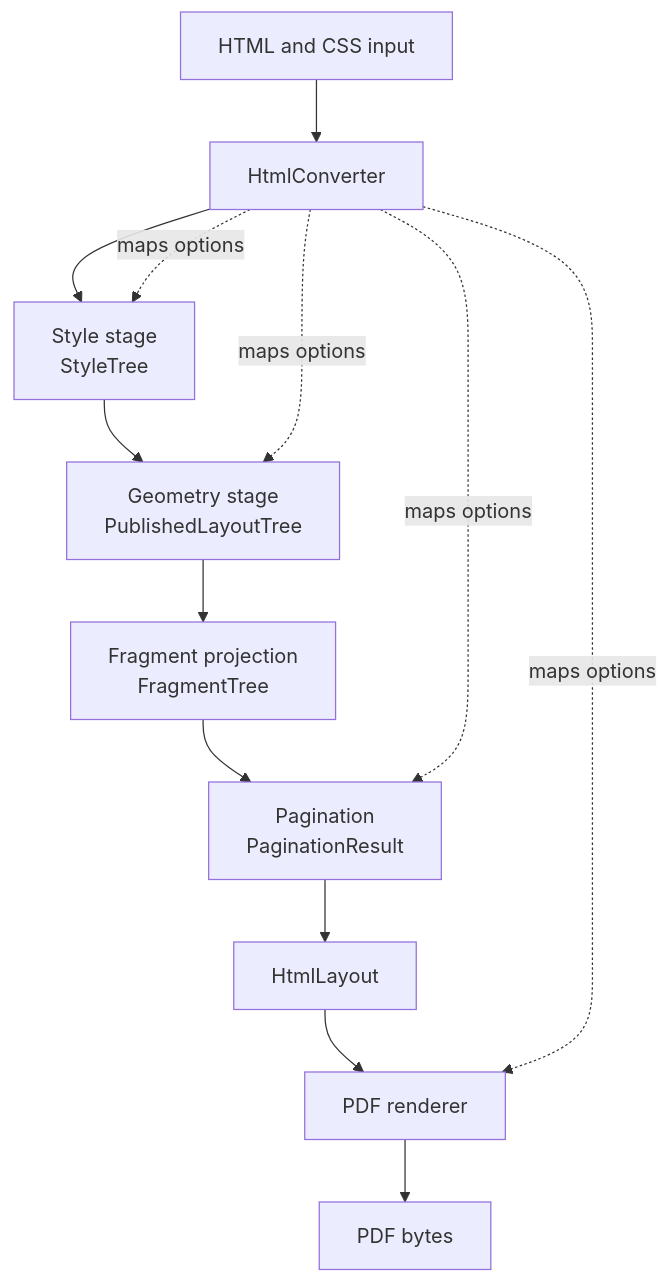
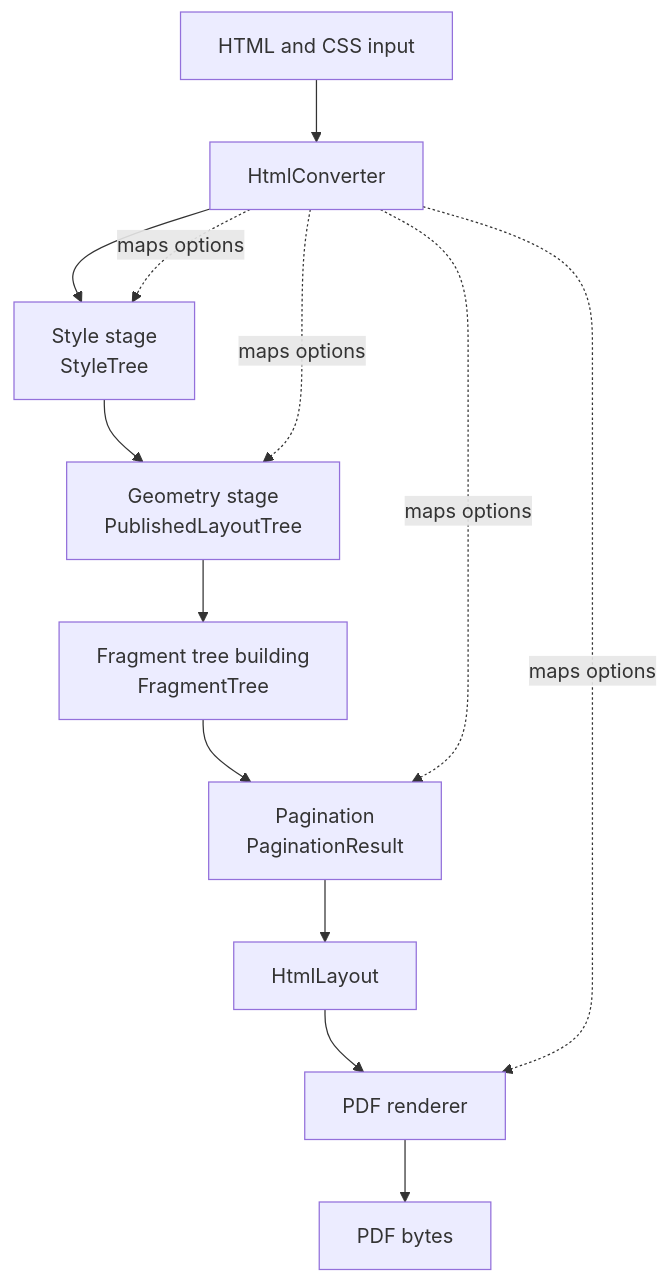
Before and after one commit to georgespok/html2x: the diagram in docs/architecture/pipeline.md, drawn with Mermaid. The commit also changed other lines of this file and 363 other files, not shown here.

````diff
--- a/docs/architecture/pipeline.md
+++ b/docs/architecture/pipeline.md
@@ -8,16 +8,16 @@
 ```mermaid
 flowchart TD
     Input["HTML and CSS input"] --> Facade["HtmlConverter"]
     Facade --> Style["Style stage<br/>StyleTree"]
     Style --> Geometry["Geometry stage<br/>PublishedLayoutTree"]
-    Geometry --> Fragments["Fragment projection<br/>FragmentTree"]
+    Geometry --> Fragments["Fragment tree building<br/>FragmentTree"]
     Fragments --> Pagination["Pagination<br/>PaginationResult"]
     Pagination --> Layout["HtmlLayout"]
     Layout --> Renderer["PDF renderer"]
     Renderer --> Output["PDF bytes"]
 
     Facade -. maps options .-> Style
     Facade -. maps options .-> Geometry
     Facade -. maps options .-> Pagination
     Facade -. maps options .-> Renderer
 ```
````
